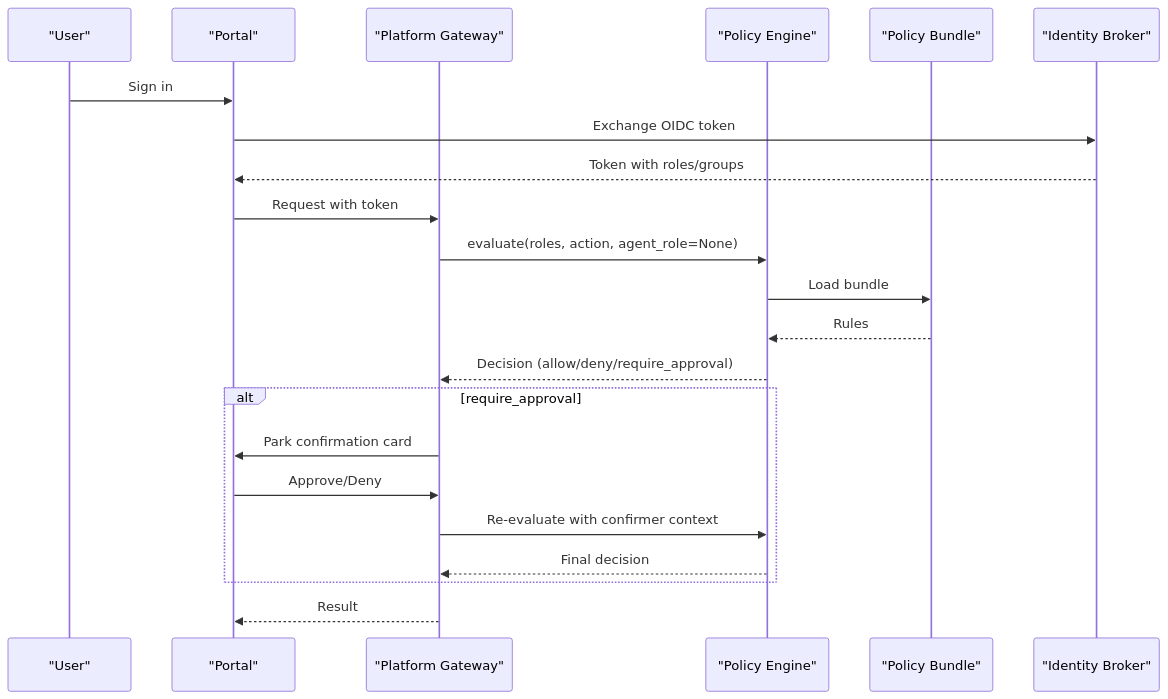
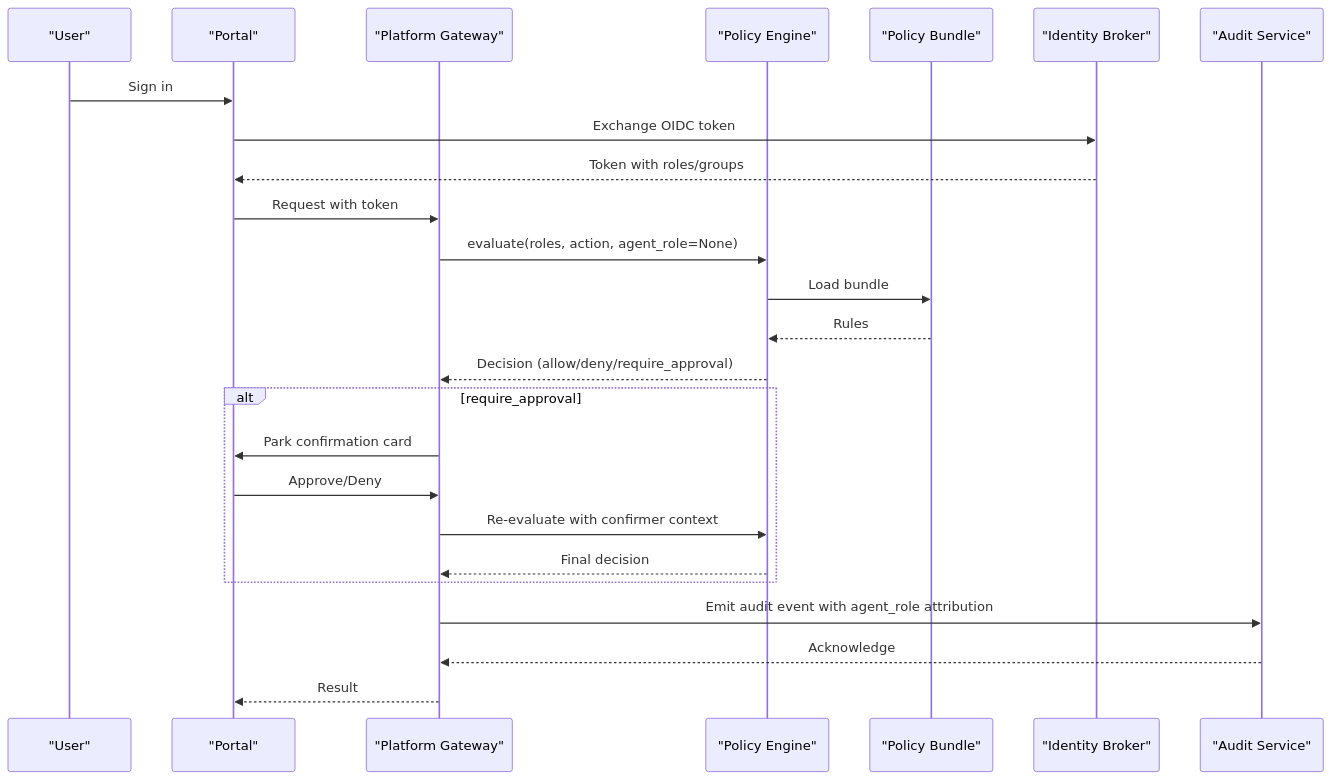
One commit to metasync/luban-aiops changed the second of 5 diagrams in .qoder/repowiki/en/content/Security and Authorization/Authorization Policies/Authorization Matrix.md. Above: the diagram before and after it, drawn with Mermaid. The commit also changed other lines of this file and 219 other files, not shown here.

````diff
--- a/.qoder/repowiki/en/content/Security and Authorization/Authorization Policies/Authorization Matrix.md
+++ b/.qoder/repowiki/en/content/Security and Authorization/Authorization Policies/Authorization Matrix.md
@@ -98,24 +102,27 @@
 ```mermaid
 sequenceDiagram
 participant U as "User"
 participant P as "Portal"
 participant G as "Platform Gateway"
 participant E as "Policy Engine"
 participant B as "Policy Bundle"
 participant I as "Identity Broker"
+participant A as "Audit Service"
 U->>P : Sign in
 P->>I : Exchange OIDC token
 I-->>P : Token with roles/groups
 P->>G : Request with token
 G->>E : evaluate(roles, action, agent_role=None)
 E->>B : Load bundle
 B-->>E : Rules
 E-->>G : Decision (allow/deny/require_approval)
 alt require_approval
 G->>P : Park confirmation card
 P->>G : Approve/Deny
 G->>E : Re-evaluate with confirmer context
 E-->>G : Final decision
 end
+G->>A : Emit audit event with agent_role attribution
+A-->>G : Acknowledge
 G-->>P : Result
 ```
````
